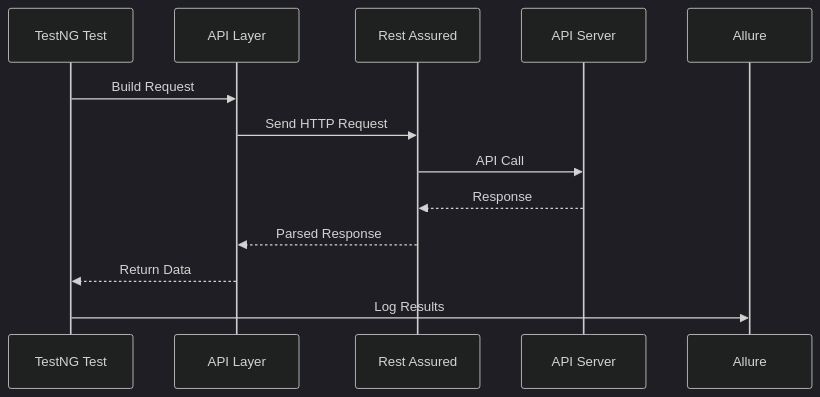
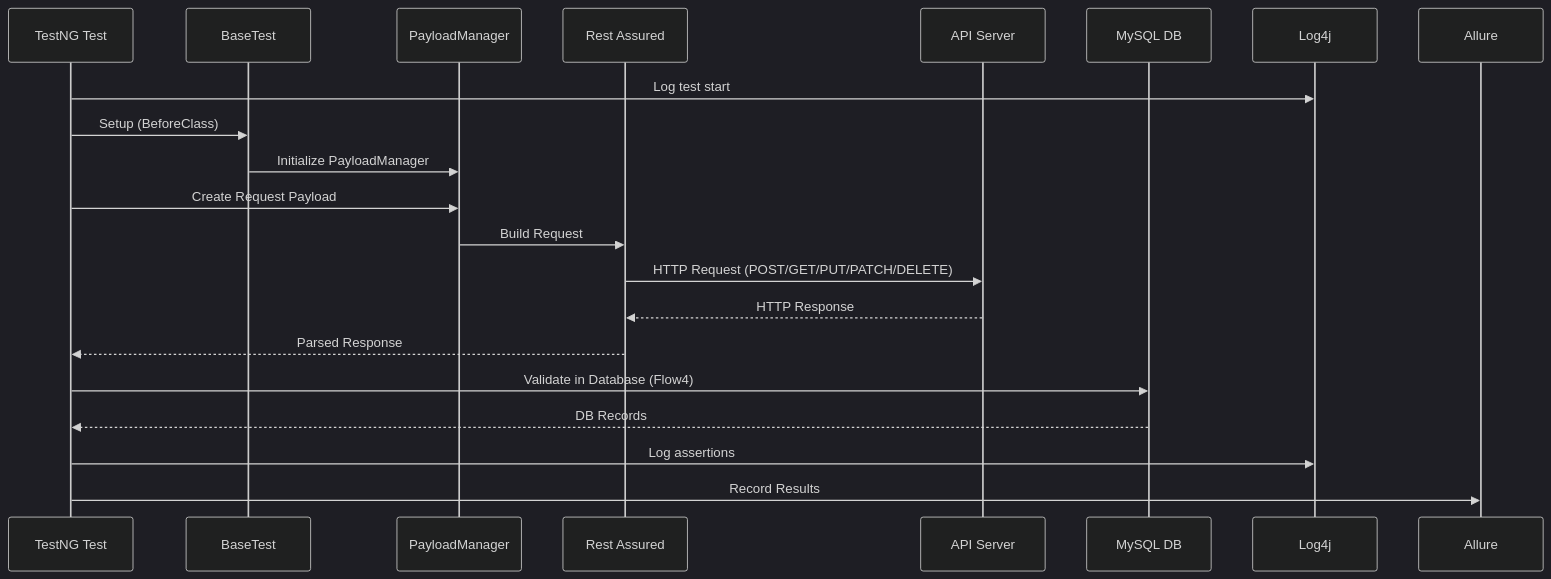
Before and after one commit to PramodDutta/APIAutomationFramworkATB15x: the second of 9 diagrams in README.md, drawn with Mermaid (dark theme). The commit also changed other lines of this file and 19 other files, not shown here.

First line of the commit message:
Add E2E integration test flows, Log4j logging, and Jenkinsfile

````diff
--- a/README.md
+++ b/README.md
@@ -77,16 +117,24 @@
 ```mermaid
 sequenceDiagram
     participant Test as TestNG Test
-    participant API as API Layer
+    participant Base as BaseTest
+    participant PM as PayloadManager
     participant RA as Rest Assured
     participant Server as API Server
+    participant DB as MySQL DB
+    participant Log as Log4j
     participant Report as Allure
 
-    Test->>API: Build Request
-    API->>RA: Send HTTP Request
-    RA->>Server: API Call
-    Server-->>RA: Response
-    RA-->>API: Parsed Response
-    API-->>Test: Return Data
-    Test->>Report: Log Results
+    Test->>Log: Log test start
+    Test->>Base: Setup (BeforeClass)
+    Base->>PM: Initialize PayloadManager
+    Test->>PM: Create Request Payload
+    PM->>RA: Build Request
+    RA->>Server: HTTP Request (POST/GET/PUT/PATCH/DELETE)
+    Server-->>RA: HTTP Response
+    RA-->>Test: Parsed Response
+    Test->>DB: Validate in Database (Flow4)
+    DB-->>Test: DB Records
+    Test->>Log: Log assertions
+    Test->>Report: Record Results
 ```
````
